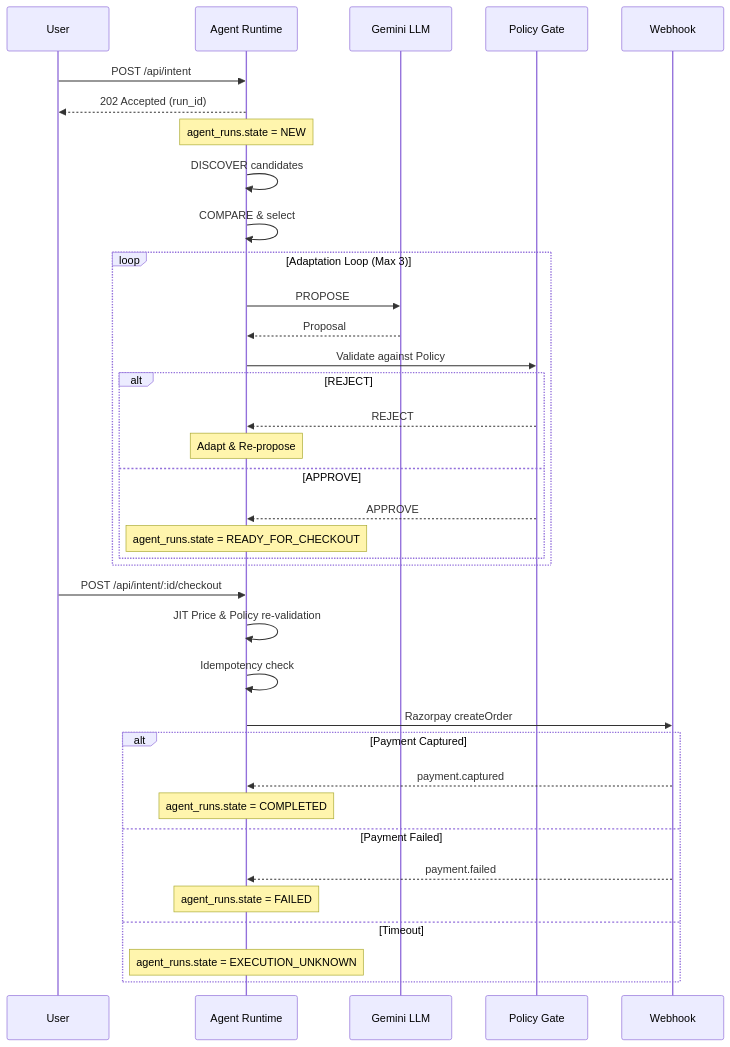
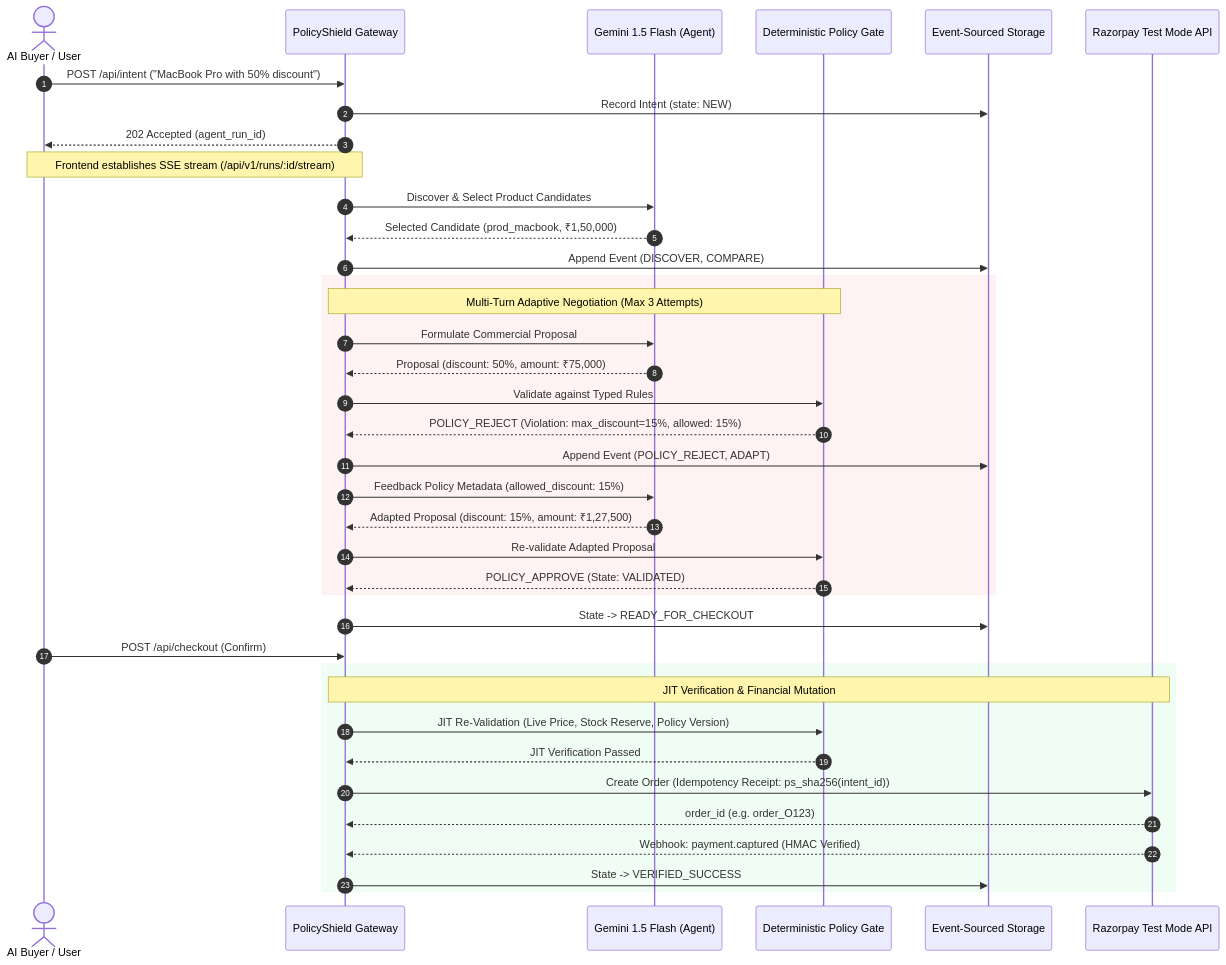
The third of 5 diagrams in docs/ARCHITECTURE.md (Tanish9022/PolicyShield), drawn with Mermaid before and after one commit. The commit also changed other lines of this file and 16 other files, not shown here.

Commit message:
docs: enrich README and ARCHITECTURE with HTML and Mermaid diagrams; remove demo script

````diff
--- a/docs/ARCHITECTURE.md
+++ b/docs/ARCHITECTURE.md
@@ -42,43 +149,45 @@
 ```mermaid
 sequenceDiagram
-    participant U as User
-    participant A as Agent Runtime
-    participant G as Gemini LLM
-    participant P as Policy Gate
-    participant W as Webhook
+    autonumber
+    actor Buyer as AI Buyer / User
+    participant Gateway as PolicyShield Gateway
+    participant Gemini as Gemini 1.5 Flash (Agent)
+    participant Gate as Deterministic Policy Gate
+    participant DB as Event-Sourced Storage
+    participant Razorpay as Razorpay Test Mode API
 
-    U->>A: POST /api/intent
-    A-->>U: 202 Accepted (run_id)
-    Note over A: agent_runs.state = NEW
+    Buyer->>Gateway: POST /api/intent ("MacBook Pro with 50% discount")
+    Gateway->>DB: Record Intent (state: NEW)
+    Gateway-->>Buyer: 202 Accepted (agent_run_id)
+    Note over Buyer,Gateway: Frontend establishes SSE stream (/api/v1/runs/:id/stream)
 
-    A->>A: DISCOVER candidates
-    A->>A: COMPARE & select
-    
-    loop Adaptation Loop (Max 3)
-        A->>G: PROPOSE
-        G-->>A: Proposal
-        A->>P: Validate against Policy
-        alt REJECT
-            P-->>A: REJECT
-            Note over A: Adapt & Re-propose
-        else APPROVE
-            P-->>A: APPROVE
-            Note over A: agent_runs.state = READY_FOR_CHECKOUT
-        end
+    Gateway->>Gemini: Discover & Select Product Candidates
+    Gemini-->>Gateway: Selected Candidate (prod_macbook, ₹1,50,000)
+    Gateway->>DB: Append Event (DISCOVER, COMPARE)
+
+    rect rgb(254, 242, 242)
+        Note over Gateway,Gate: Multi-Turn Adaptive Negotiation (Max 3 Attempts)
+        Gateway->>Gemini: Formulate Commercial Proposal
+        Gemini-->>Gateway: Proposal (discount: 50%, amount: ₹75,000)
+        Gateway->>Gate: Validate against Typed Rules
+        Gate-->>Gateway: POLICY_REJECT (Violation: max_discount=15%, allowed: 15%)
+        Gateway->>DB: Append Event (POLICY_REJECT, ADAPT)
+        Gateway->>Gemini: Feedback Policy Metadata (allowed_discount: 15%)
+        Gemini-->>Gateway: Adapted Proposal (discount: 15%, amount: ₹1,27,500)
+        Gateway->>Gate: Re-validate Adapted Proposal
+        Gate-->>Gateway: POLICY_APPROVE (State: VALIDATED)
     end
 
-    U->>A: POST /api/intent/:id/checkout
-    A->>A: JIT Price & Policy re-validation
-    A->>A: Idempotency check
-    A->>W: Razorpay createOrder
-    
-    alt Payment Captured
-        W-->>A: payment.captured
-        Note over A: agent_runs.state = COMPLETED
-    else Payment Failed
-        W-->>A: payment.failed
-        Note over A: agent_runs.state = FAILED
-    else Timeout
-        Note over A: agent_runs.state = EXECUTION_UNKNOWN
+    Gateway->>DB: State -> READY_FOR_CHECKOUT
+    Buyer->>Gateway: POST /api/checkout (Confirm)
+
+    rect rgb(240, 253, 244)
+        Note over Gateway,Razorpay: JIT Verification & Financial Mutation
+        Gateway->>Gate: JIT Re-Validation (Live Price, Stock Reserve, Policy Version)
+        Gate-->>Gateway: JIT Verification Passed
+        Gateway->>Razorpay: Create Order (Idempotency Receipt: ps_sha256(intent_id))
+        Razorpay-->>Gateway: order_id (e.g. order_O123)
+        Razorpay-->>Gateway: Webhook: payment.captured (HMAC Verified)
+        Gateway->>DB: State -> VERIFIED_SUCCESS
     end
 ```
````
